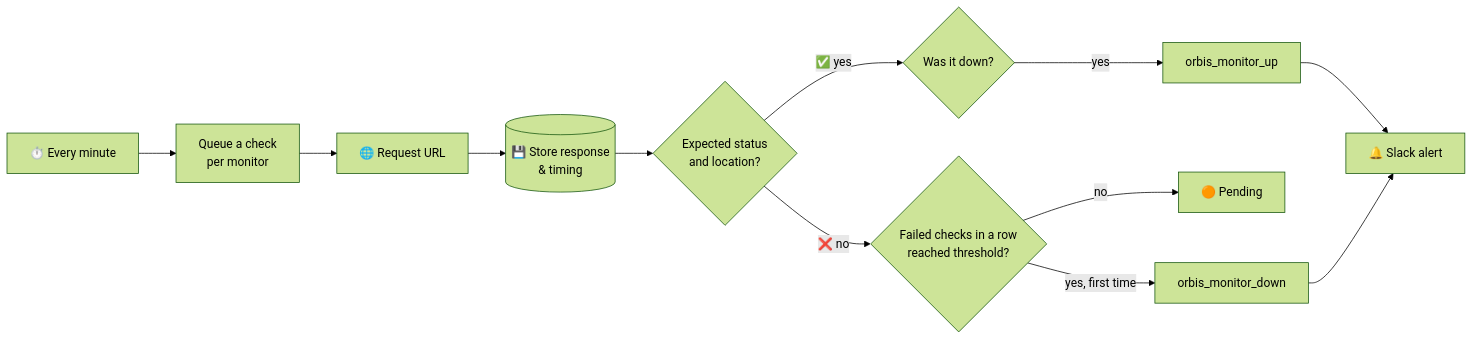
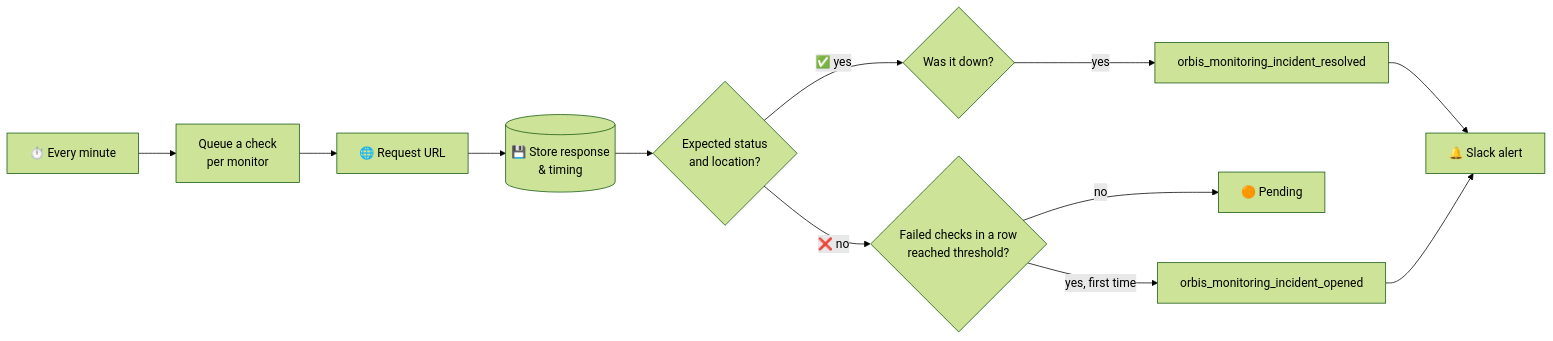
Before and after one commit to pronamic/wp-orbis-monitoring: the diagram in README.md, drawn with Mermaid (forest theme). The commit also changed other lines of this file and 6 other files, not shown here.

First line of the commit message:
Rename monitor hooks as incident events

````diff
--- a/README.md
+++ b/README.md
@@ -46,14 +46,14 @@
 ```mermaid
 flowchart LR
     A[⏱️ Every minute] --> B[Queue a check<br/>per monitor]
     B --> C[🌐 Request URL]
     C --> D[(💾 Store response<br/>& timing)]
     D --> E{Expected status<br/>and location?}
     E -- ✅ yes --> F{Was it down?}
-    F -- yes --> G[orbis_monitor_up]
+    F -- yes --> G[orbis_monitoring_incident_resolved]
     E -- ❌ no --> H{Failed checks in a row<br/>reached threshold?}
     H -- no --> I[🟠 Pending]
-    H -- yes, first time --> J[orbis_monitor_down]
+    H -- yes, first time --> J[orbis_monitoring_incident_opened]
     G --> K[🔔 Slack alert]
     J --> K
 ```
````
